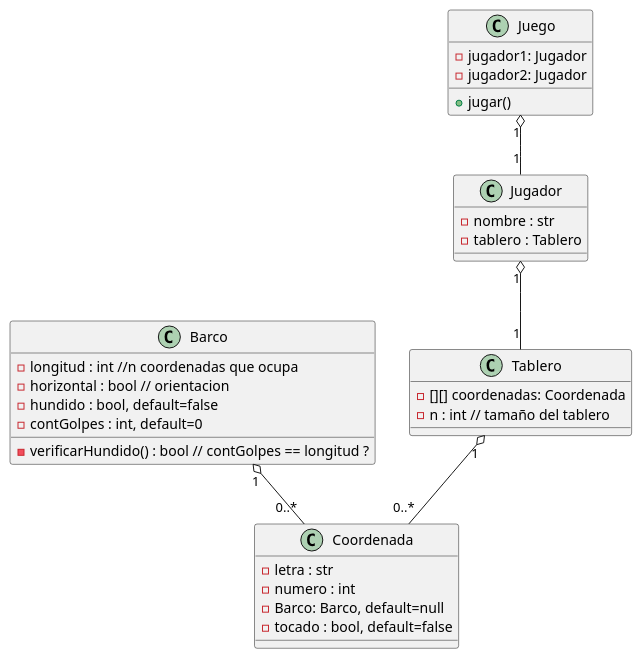
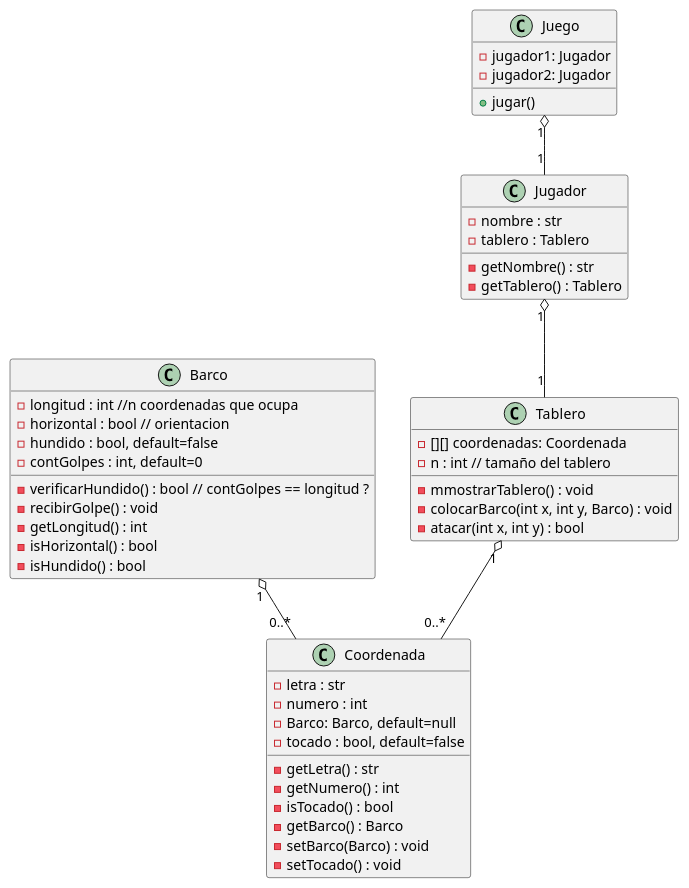
One commit to santiago6124/ProyectoFinalProg2 changed the diagram in docs/diagram_v-review.wsd. Above: the diagram before and after it, drawn with PlantUML.

Commit message:
diagrama

```diff
--- a/docs/diagram_v-review.wsd
+++ b/docs/diagram_v-review.wsd
@@ -1,44 +1,59 @@
 @startuml
 
 class Tablero {
     - [][] coordenadas: Coordenada
     - n : int // tamaño del tablero
+    - mmostrarTablero() : void
+    - colocarBarco(int x, int y, Barco) : void
+    - atacar(int x, int y) : bool
 }
 
 class Coordenada {
     - letra : str
     - numero : int
     - Barco: Barco, default=null
     - tocado : bool, default=false
+    - getLetra() : str
+    - getNumero() : int
+    - isTocado() : bool
+    - getBarco() : Barco
+    - setBarco(Barco) : void
+    - setTocado() : void
 }
 
 Tablero "1" o-- "0..*" Coordenada
 
 class Barco {
     - longitud : int //n coordenadas que ocupa
     - horizontal : bool // orientacion
     - hundido : bool, default=false
     - contGolpes : int, default=0
     - verificarHundido() : bool // contGolpes == longitud ?
+    - recibirGolpe() : void
+    - getLongitud() : int
+    - isHorizontal() : bool
+    - isHundido() : bool
 }
 
 Barco "1" o-- "0..*" Coordenada
 
 class Jugador {
     - nombre : str
     - tablero : Tablero
     ' - [] barcos : Barco
     ' - [] disparos : Coordenada
+    - getNombre() : str
+    - getTablero() : Tablero
 }
 
 Jugador "1" o-- "1" Tablero
 
 class Juego {
     - jugador1: Jugador
     - jugador2: Jugador
     + jugar()
 }
 
 Juego "1" o-- "1" Jugador
 
 @enduml
```
